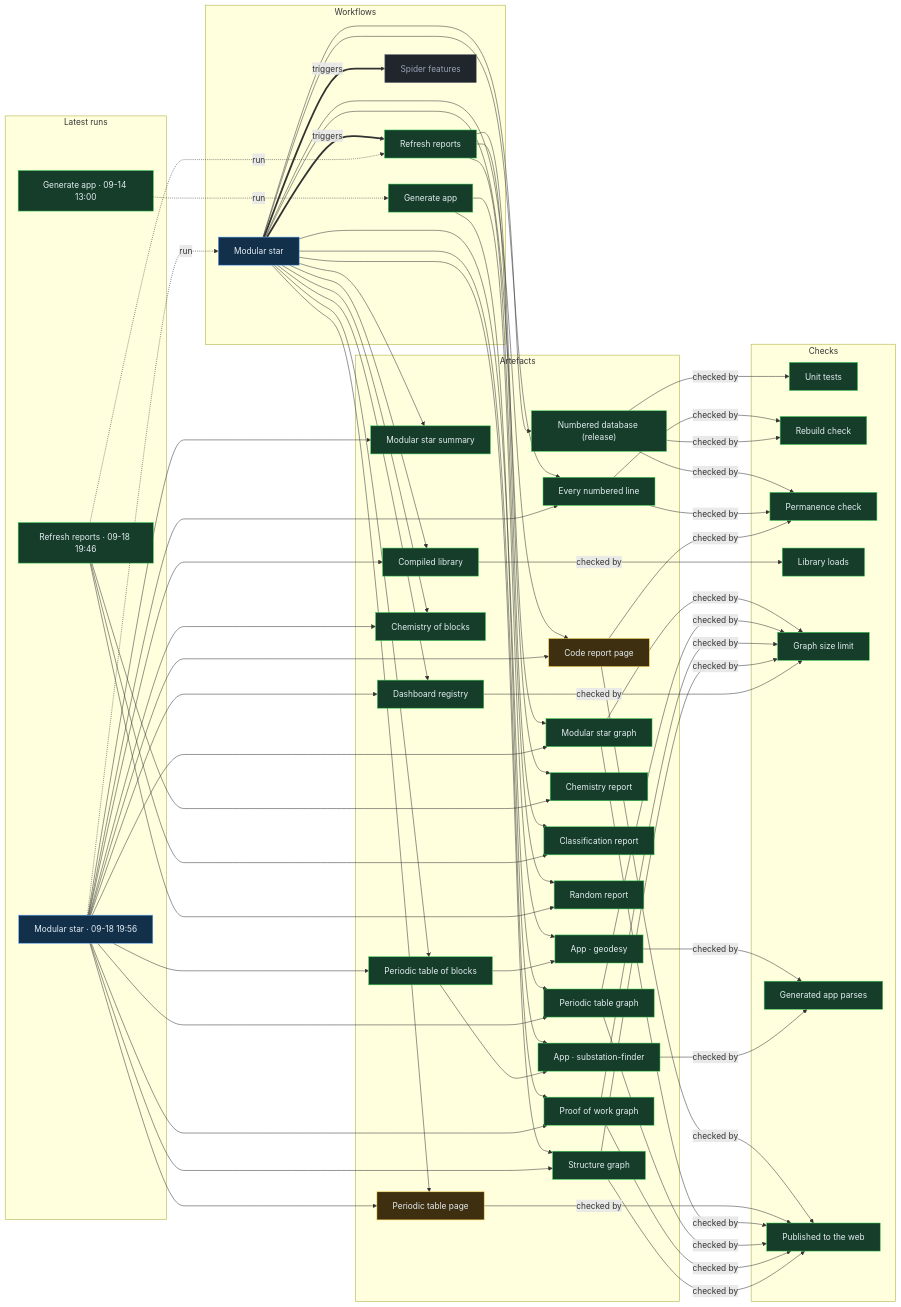
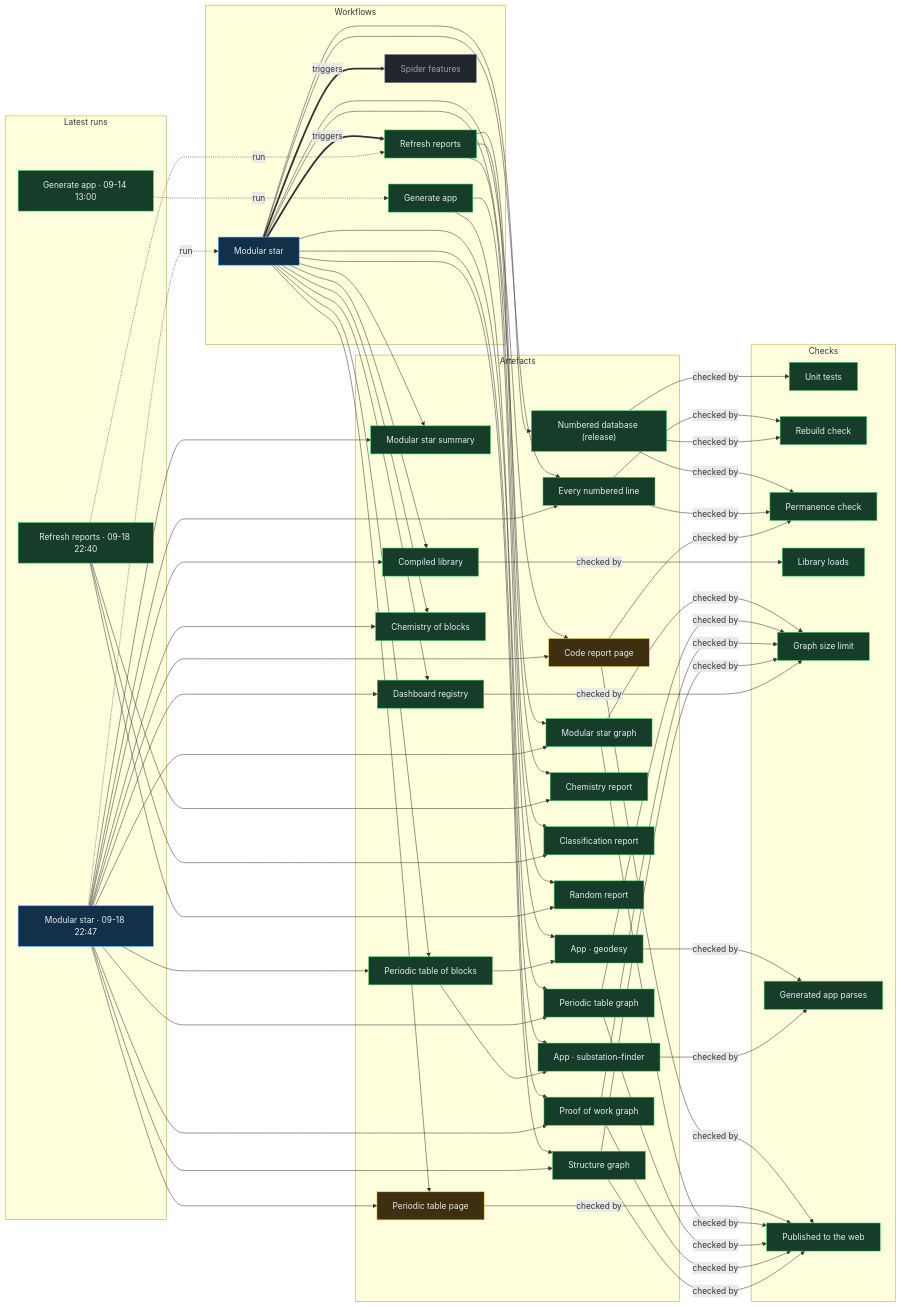
Before and after one commit to Ventusltd/stars: the diagram in proof/PROOF.md, drawn with Mermaid. The commit also changed other lines of this file and 103 other files, not shown here.

Commit message:
Modular star 2026-09-18T22:49Z

```diff
--- a/proof/PROOF.md
+++ b/proof/PROOF.md
@@ -24,8 +24,8 @@
   n_wf_spider_features["Spider features"]:::off
   end
   subgraph g_runs["Latest runs"]
-  n_run_35388688147["Modular star · 09-18 19:56"]:::live
-  n_run_35387765560["Refresh reports · 09-18 19:46"]:::ok
+  n_run_35403071388["Modular star · 09-18 22:47"]:::live
+  n_run_35402617742["Refresh reports · 09-18 22:40"]:::ok
   n_run_34846587798["Generate app · 09-14 13:00"]:::ok
   end
   subgraph g_artefacts["Artefacts"]
@@ -59,39 +59,39 @@
   end
   n_wf_modular_star == triggers ==> n_wf_refresh
   n_wf_modular_star == triggers ==> n_wf_spider_features
-  n_run_35388688147 -. run .-> n_wf_modular_star
-  n_run_35387765560 -. run .-> n_wf_refresh
+  n_run_35403071388 -. run .-> n_wf_modular_star
+  n_run_35402617742 -. run .-> n_wf_refresh
   n_run_34846587798 -. run .-> n_wf_generate
   n_wf_modular_star --> n_art_summary
-  n_run_35388688147 --> n_art_summary
+  n_run_35403071388 --> n_art_summary
   n_wf_modular_star --> n_art_lines
-  n_run_35388688147 --> n_art_lines
+  n_run_35403071388 --> n_art_lines
   n_wf_modular_star --> n_art_code
-  n_run_35388688147 --> n_art_code
+  n_run_35403071388 --> n_art_code
   n_wf_modular_star --> n_art_modular_graph
-  n_run_35388688147 --> n_art_modular_graph
+  n_run_35403071388 --> n_art_modular_graph
   n_wf_modular_star --> n_art_blocks
-  n_run_35388688147 --> n_art_blocks
+  n_run_35403071388 --> n_art_blocks
   n_wf_modular_star --> n_art_table
-  n_run_35388688147 --> n_art_table
+  n_run_35403071388 --> n_art_table
   n_wf_modular_star --> n_art_blocks_graph
-  n_run_35388688147 --> n_art_blocks_graph
+  n_run_35403071388 --> n_art_blocks_graph
   n_wf_modular_star --> n_art_reactions
-  n_run_35388688147 --> n_art_reactions
+  n_run_35403071388 --> n_art_reactions
   n_wf_modular_star --> n_art_library
-  n_run_35388688147 --> n_art_library
+  n_run_35403071388 --> n_art_library
   n_wf_modular_star --> n_art_features
-  n_run_35388688147 --> n_art_features
+  n_run_35403071388 --> n_art_features
   n_wf_modular_star --> n_art_proof
-  n_run_35388688147 --> n_art_proof
+  n_run_35403071388 --> n_art_proof
   n_wf_modular_star --> n_art_structure
-  n_run_35388688147 --> n_art_structure
+  n_run_35403071388 --> n_art_structure
   n_wf_refresh --> n_art_chemistry
-  n_run_35387765560 --> n_art_chemistry
+  n_run_35402617742 --> n_art_chemistry
   n_wf_refresh --> n_art_vedic
-  n_run_35387765560 --> n_art_vedic
+  n_run_35402617742 --> n_art_vedic
   n_wf_refresh --> n_art_random
-  n_run_35387765560 --> n_art_random
+  n_run_35402617742 --> n_art_random
   n_wf_modular_star --> n_art_release
   n_wf_generate --> n_app_geodesy
   n_art_blocks --> n_app_geodesy
```
